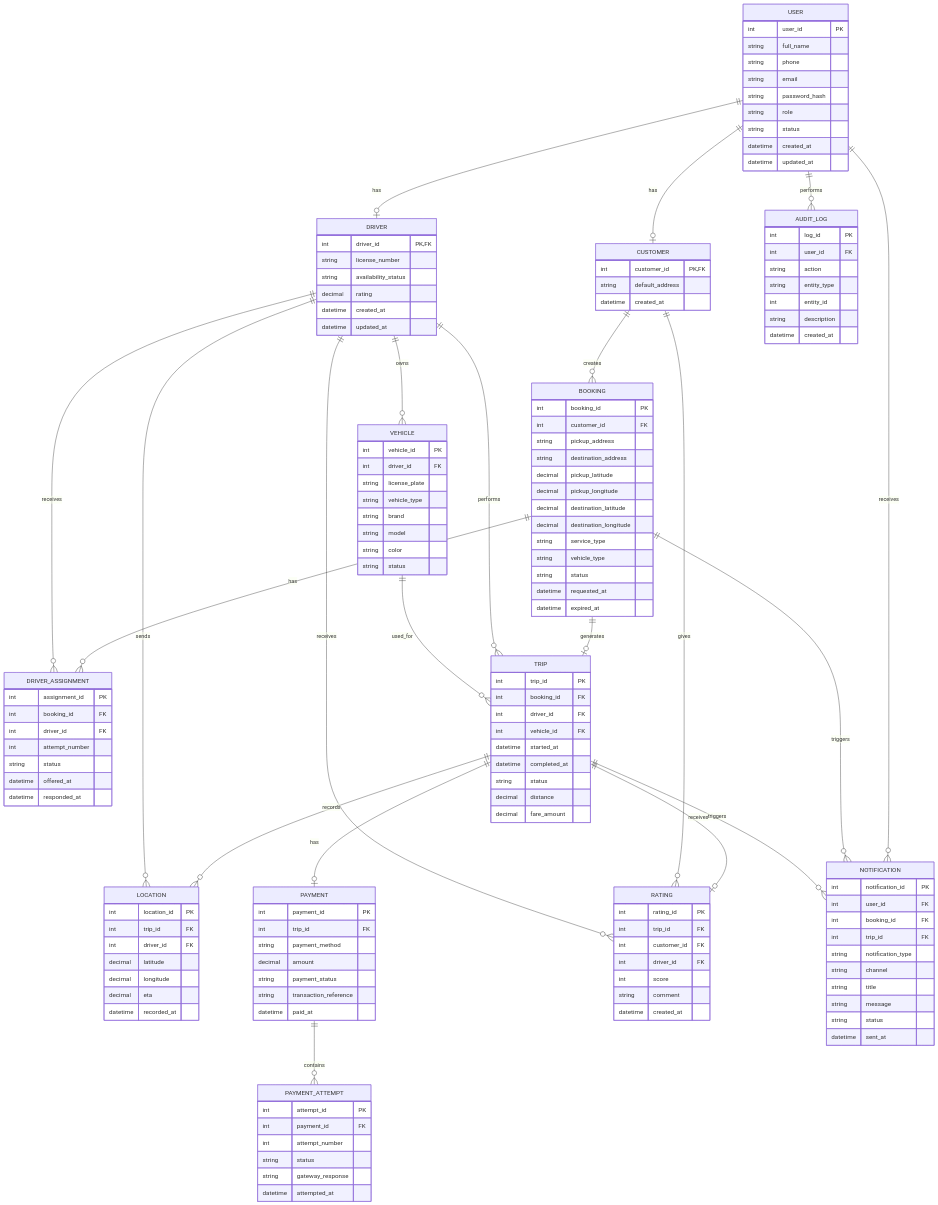
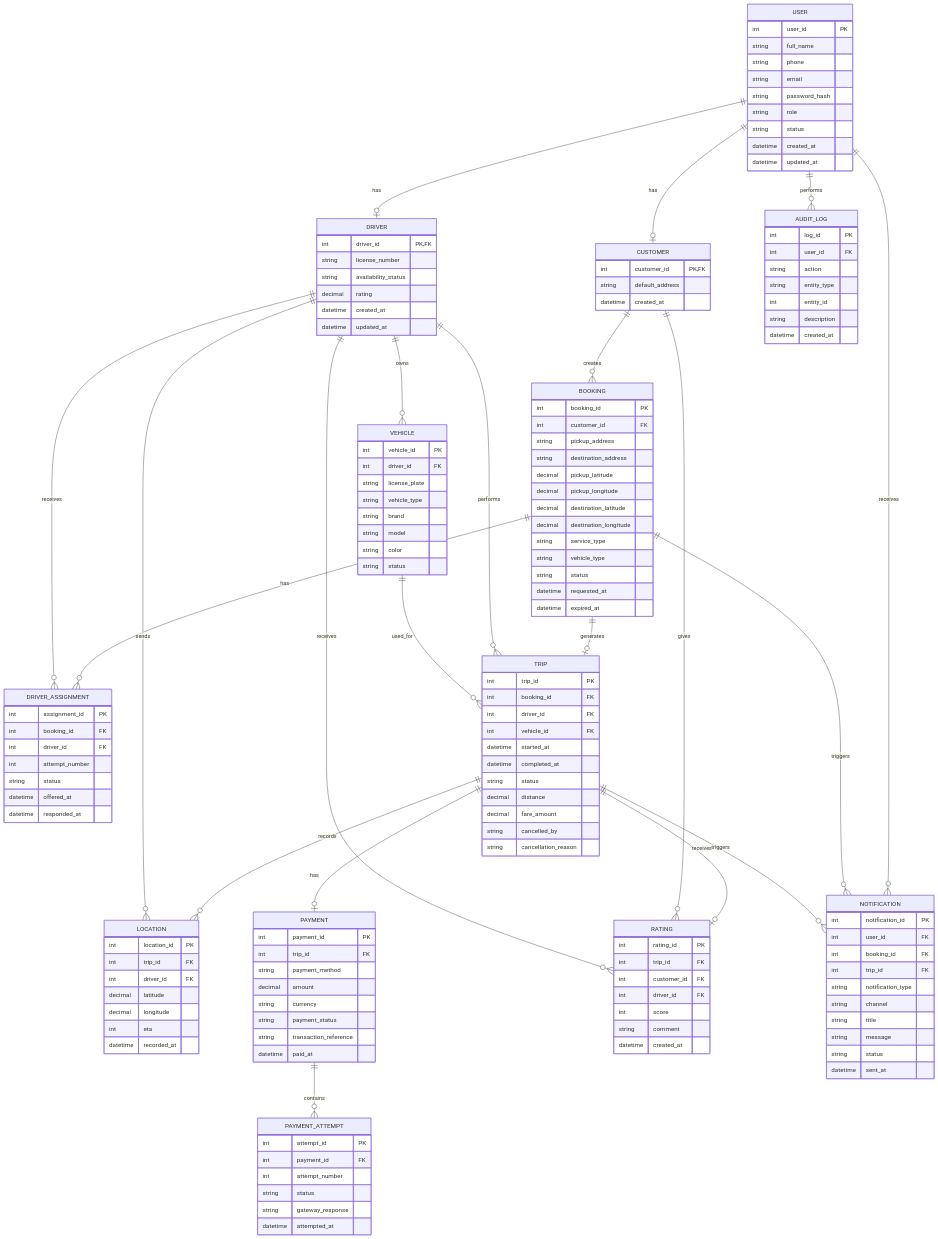
Before and after one commit to thanhthunguyen1462005-hub/23674241_NguyenThanhThu_CABSYSTEM: the fourth of 5 diagrams in srs.md, drawn with Mermaid. The commit also changed other lines of this file, not shown here.

```diff
--- a/srs.md
+++ b/srs.md
@@ -740,6 +729,8 @@
         string status
         decimal distance
         decimal fare_amount
+        string cancelled_by
+        string cancellation_reason
     }
 
     LOCATION {
@@ -748,7 +739,7 @@
         int driver_id FK
         decimal latitude
         decimal longitude
-        decimal eta
+        int eta
         datetime recorded_at
     }
 
@@ -757,6 +748,7 @@
         int trip_id FK
         string payment_method
         decimal amount
+        string currency
         string payment_status
         string transaction_reference
         datetime paid_at
```
